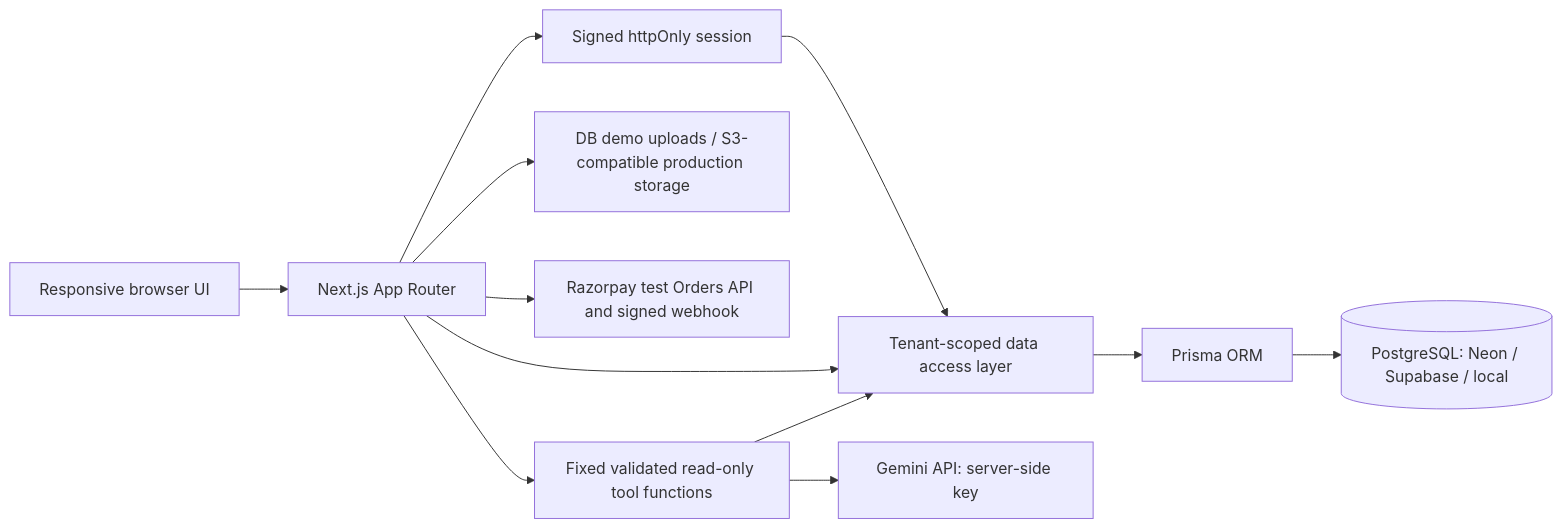
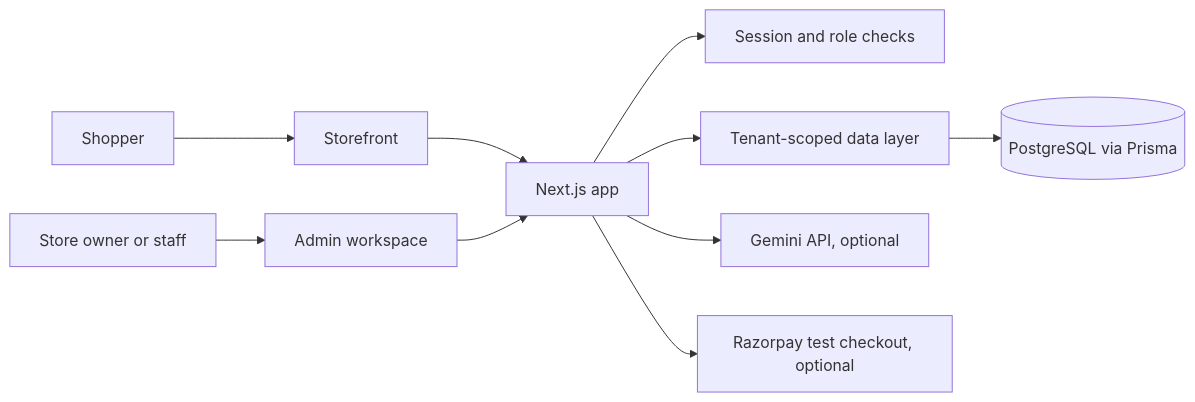
The diagram in README.md (r4kshith/Hackathon-project), drawn with Mermaid before and after one commit. The commit also changed other lines of this file and 2 other files, not shown here.

````diff
--- a/README.md
+++ b/README.md
@@ -61,14 +87,12 @@
 ```mermaid
 flowchart LR
-  Browser[Responsive browser UI] --> Next[Next.js App Router]
-  Next --> Auth[Signed httpOnly session]
-  Auth --> DAL[Tenant-scoped data access layer]
-  Next --> DAL
-  DAL --> Prisma[Prisma ORM]
-  Prisma --> DB[(PostgreSQL: Neon / Supabase / local)]
-  Next --> Storage[DB demo uploads / S3-compatible production storage]
-  Next --> Razorpay[Razorpay test Orders API and signed webhook]
-  Next --> Tools[Fixed validated read-only tool functions]
-  Tools --> DAL
-  Tools --> Gemini[Gemini API: server-side key]
+  Shopper[Shopper] --> Store[Storefront]
+  Owner[Store owner or staff] --> Workspace[Admin workspace]
+  Store --> App[Next.js app]
+  Workspace --> App
+  App --> Auth[Session and role checks]
+  App --> Data[Tenant-scoped data layer]
+  Data --> DB[(PostgreSQL via Prisma)]
+  App --> Gemini[Gemini API, optional]
+  App --> Razorpay[Razorpay test checkout, optional]
 ```
````
